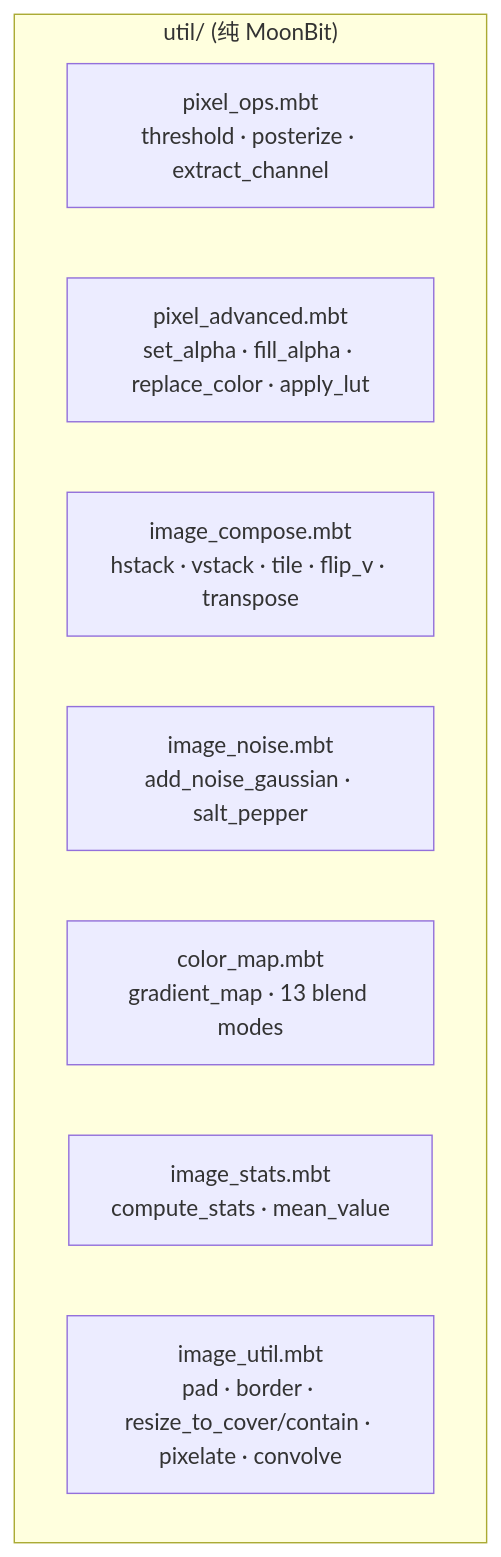
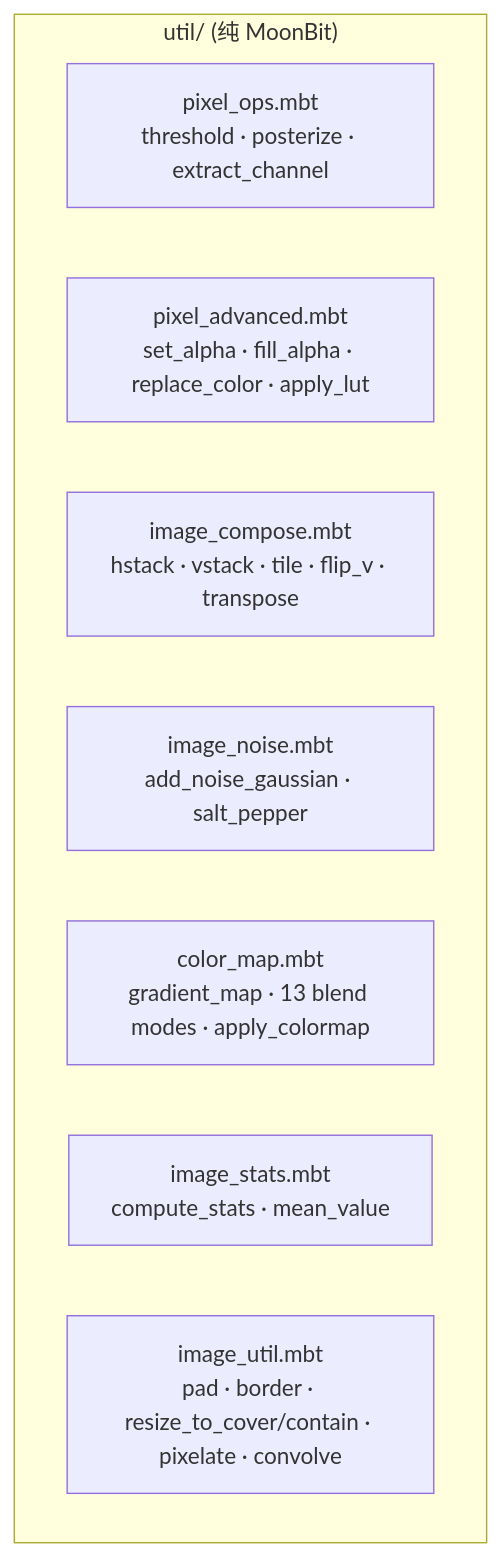
Before and after one commit to toadium/stb-image: the ninth of 14 diagrams in docs/architecture.md, drawn with Mermaid. The commit also changed other lines of this file and 132 other files, not shown here.

````diff
--- a/docs/architecture.md
+++ b/docs/architecture.md
@@ -314,12 +296,12 @@
 ```mermaid
 flowchart TB
     subgraph UtilPkg["util/ (纯 MoonBit)"]
         PixelOps["pixel_ops.mbt<br/>threshold · posterize · extract_channel"]
         PixelAdv["pixel_advanced.mbt<br/>set_alpha · fill_alpha · replace_color · apply_lut"]
         Compose["image_compose.mbt<br/>hstack · vstack · tile · flip_v · transpose"]
         Noise["image_noise.mbt<br/>add_noise_gaussian · salt_pepper"]
-        ColorMap["color_map.mbt<br/>gradient_map · 13 blend modes"]
+        ColorMap["color_map.mbt<br/>gradient_map · 13 blend modes · apply_colormap"]
         Stats["image_stats.mbt<br/>compute_stats · mean_value"]
         Util["image_util.mbt<br/>pad · border · resize_to_cover/contain · pixelate · convolve"]
     end
 ```
````
